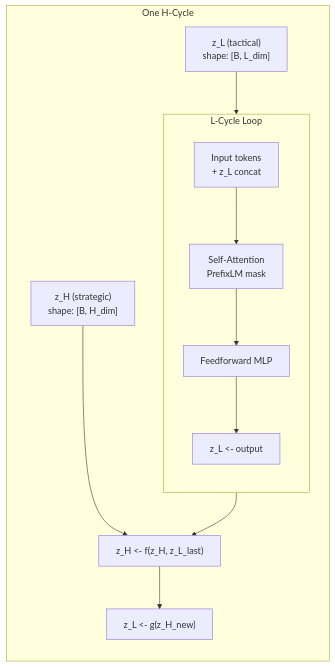
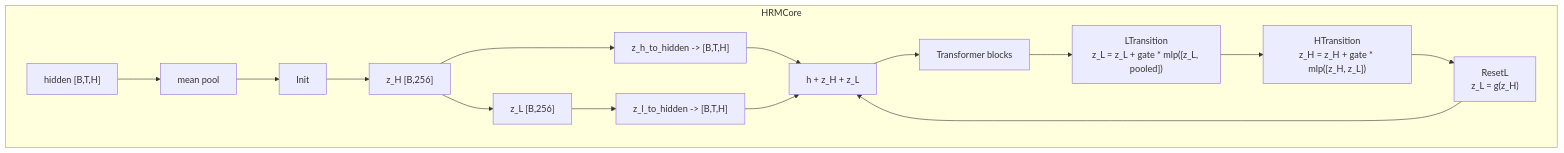
Before and after one commit to ShmidtS/HAGI: the second of 5 diagrams in docs/architecture_diagrams.md, drawn with Mermaid. The commit also changed other lines of this file, not shown here.

First line of the commit message:
docs: honest architecture review based on actual code

````diff
--- a/docs/architecture_diagrams.md
+++ b/docs/architecture_diagrams.md
@@ -76,25 +72,15 @@
 ```mermaid
-flowchart LR
-    subgraph Cycle["One H-Cycle"]
-        direction TB
-        zH_in["z_H (strategic)<br/>shape: [B, H_dim]"]
-        zL_in["z_L (tactical)<br/>shape: [B, L_dim]"]
-
-        subgraph L_Loop["L-Cycle Loop"]
-            direction TB
-            INP["Input tokens<br/>+ z_L concat"]
-            ATT["Self-Attention<br/>PrefixLM mask"]
-            MLP["Feedforward MLP"]
-            zL_out["z_L <- output"]
-            INP --> ATT --> MLP --> zL_out
-        end
-
-        zH_upd["z_H <- f(z_H, z_L_last)"]
-        zL_reset["z_L <- g(z_H_new)"]
-
-        zH_in --> zH_upd
-        zL_in --> L_Loop
-        L_Loop --> zH_upd
-        zH_upd --> zL_reset
+flowchart TB
+    subgraph HRM["HRMCore"]
+        H["hidden [B,T,H]"] --> POOL["mean pool"] --> INIT["Init"]
+        INIT --> ZH["z_H [B,256]"] --> ZL["z_L [B,256]"]
+        ZH --> EXP_H["z_h_to_hidden -> [B,T,H]"]
+        ZL --> EXP_L["z_l_to_hidden -> [B,T,H]"]
+        EXP_H --> ADD["h + z_H + z_L"]
+        EXP_L --> ADD
+        ADD --> BLOCKS["Transformer blocks"] --> LU["LTransition<br/>z_L = z_L + gate * mlp([z_L, pooled])"]
+        LU --> HU["HTransition<br/>z_H = z_H + gate * mlp([z_H, z_L])"]
+        HU --> RESET["ResetL<br/>z_L = g(z_H)"]
+        RESET --> ADD
     end
 ```
````
